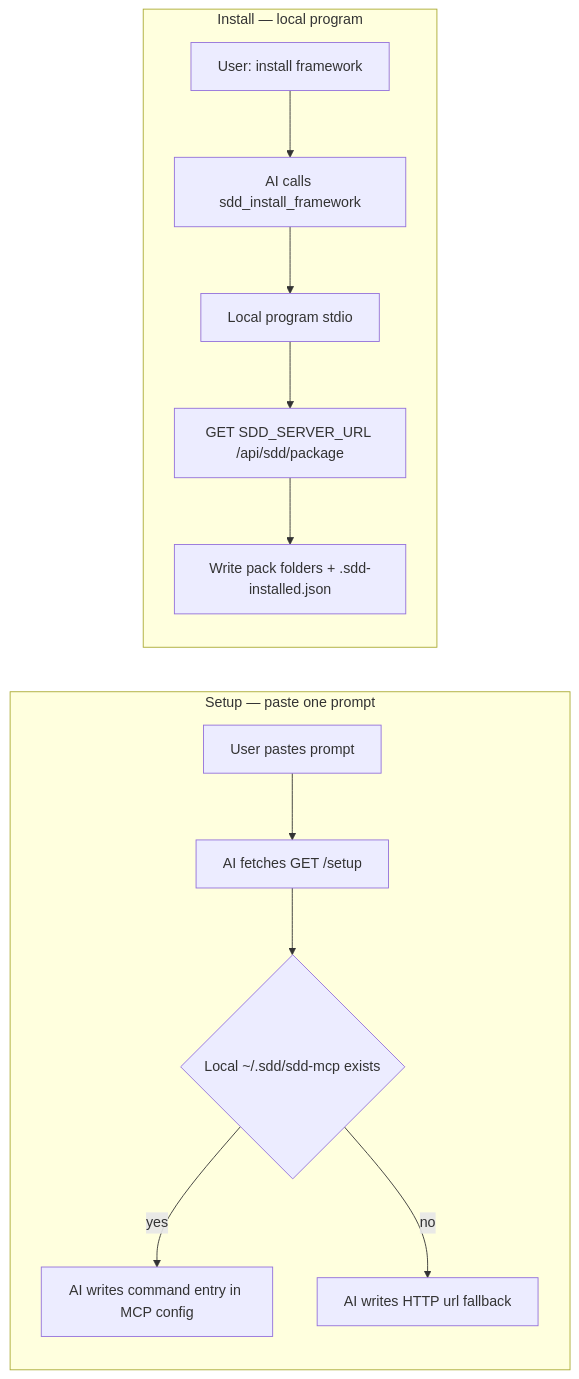
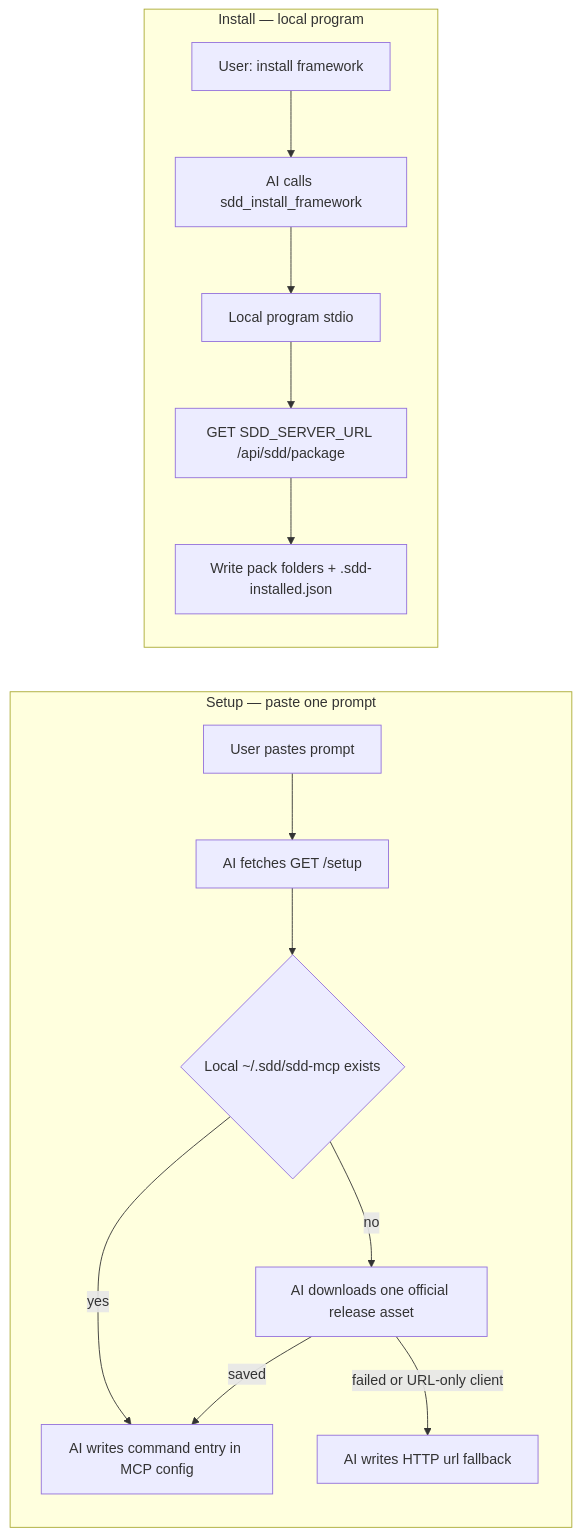
Before and after one commit to ethanhuangcst/workspace.framework.sdd.works: the first of 2 diagrams in specs/mcp/mcp-design.md, drawn with Mermaid. The commit also changed other lines of this file and 57 other files, not shown here.

````diff
--- a/specs/mcp/mcp-design.md
+++ b/specs/mcp/mcp-design.md
@@ -62,16 +72,18 @@
 ```mermaid
 flowchart LR
   subgraph setup [Setup — paste one prompt]
     User[User pastes prompt] --> AI1[AI fetches GET /setup]
     AI1 --> AI2{Local ~/.sdd/sdd-mcp exists}
     AI2 -->|yes| AI3[AI writes command entry in MCP config]
-    AI2 -->|no| AI4[AI writes HTTP url fallback]
+    AI2 -->|no| AI5[AI downloads one official release asset]
+    AI5 -->|saved| AI3
+    AI5 -->|failed or URL-only client| AI4[AI writes HTTP url fallback]
   end
 
   subgraph install [Install — local program]
     UserChat[User: install framework] --> AICall[AI calls sdd_install_framework]
     AICall --> Stdio[Local program stdio]
     Stdio --> Fetch[GET SDD_SERVER_URL /api/sdd/package]
     Fetch --> Write[Write pack folders + .sdd-installed.json]
   end
 ```
````
